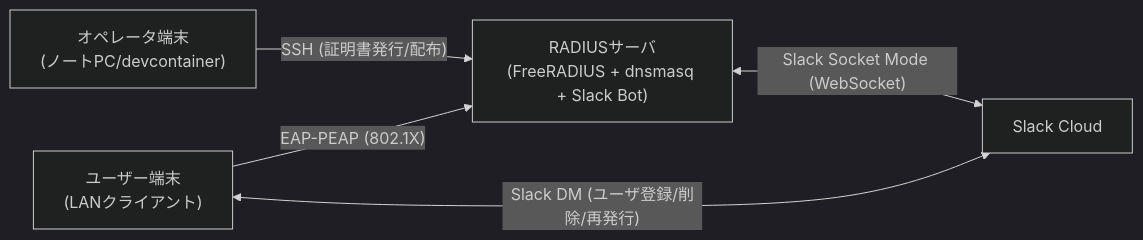
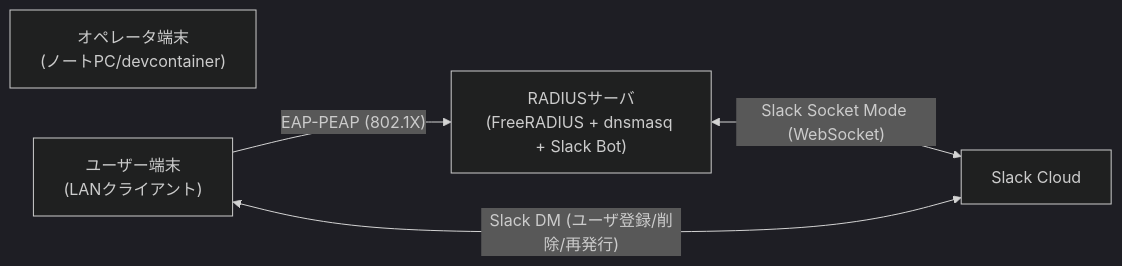
One commit to mahiroaug/RADIUS-Bot changed the first of 2 diagrams in README.md. Above: the diagram before and after it, drawn with Mermaid (dark theme). The commit also changed other lines of this file and 10 other files, not shown here.

````diff
--- a/README.md
+++ b/README.md
@@ -39,12 +40,11 @@
 ```mermaid
 graph LR
   OP["オペレータ端末<br/>(ノートPC/devcontainer)"]
   RS["RADIUSサーバ<br/>(FreeRADIUS + dnsmasq + Slack Bot)"]
   SL["Slack Cloud"]
   UT["ユーザー端末<br/>(LANクライアント)"]
 
-  OP -- "SSH (証明書発行/配布)" --> RS
   RS <-- "Slack Socket Mode (WebSocket)" --> SL
   UT <-->|"Slack DM (ユーザ登録/削除/再発行)"| SL
   UT -- "EAP-PEAP (802.1X)" --> RS
 ```
````
